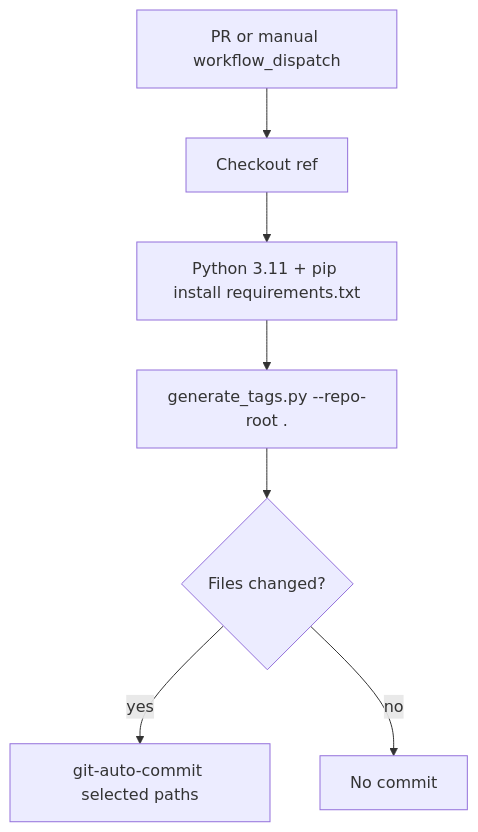
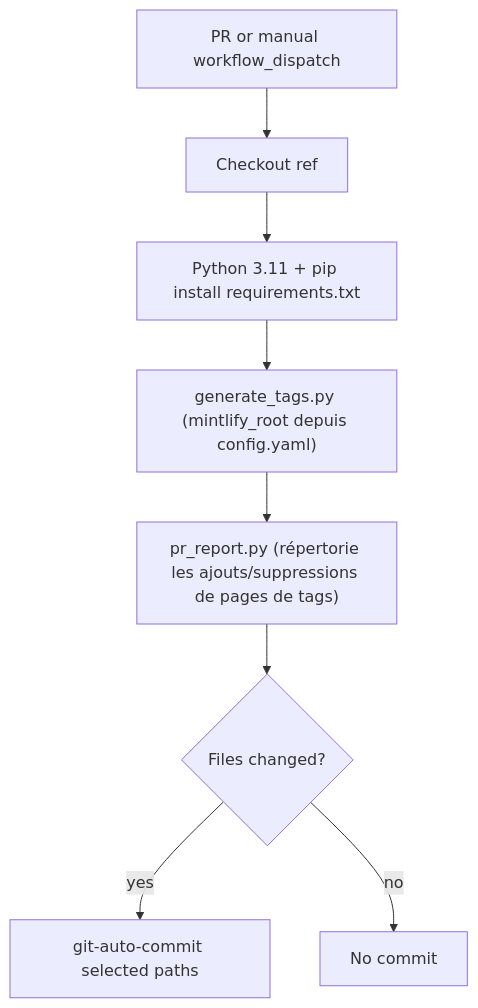
One commit to wandb/docs changed the second of 4 diagrams in fr/scripts/knowledgebase-nav/Architecture.md. Above: the diagram before and after it, drawn with Mermaid. The commit also changed other lines of this file and 103 other files, not shown here.

````diff
--- a/fr/scripts/knowledgebase-nav/Architecture.md
+++ b/fr/scripts/knowledgebase-nav/Architecture.md
@@ -54,9 +53,10 @@
 ```mermaid
 flowchart TD
   A[PR or manual workflow_dispatch] --> B[Checkout ref]
   B --> C[Python 3.11 + pip install requirements.txt]
-  C --> D["generate_tags.py --repo-root ."]
-  D --> E{Files changed?}
+  C --> D["generate_tags.py (mintlify_root depuis config.yaml)"]
+  D --> R["pr_report.py (répertorie les ajouts/suppressions de pages de tags)"]
+  R --> E{Files changed?}
   E -->|yes| F[git-auto-commit selected paths]
   E -->|no| G[No commit]
 ```
````
